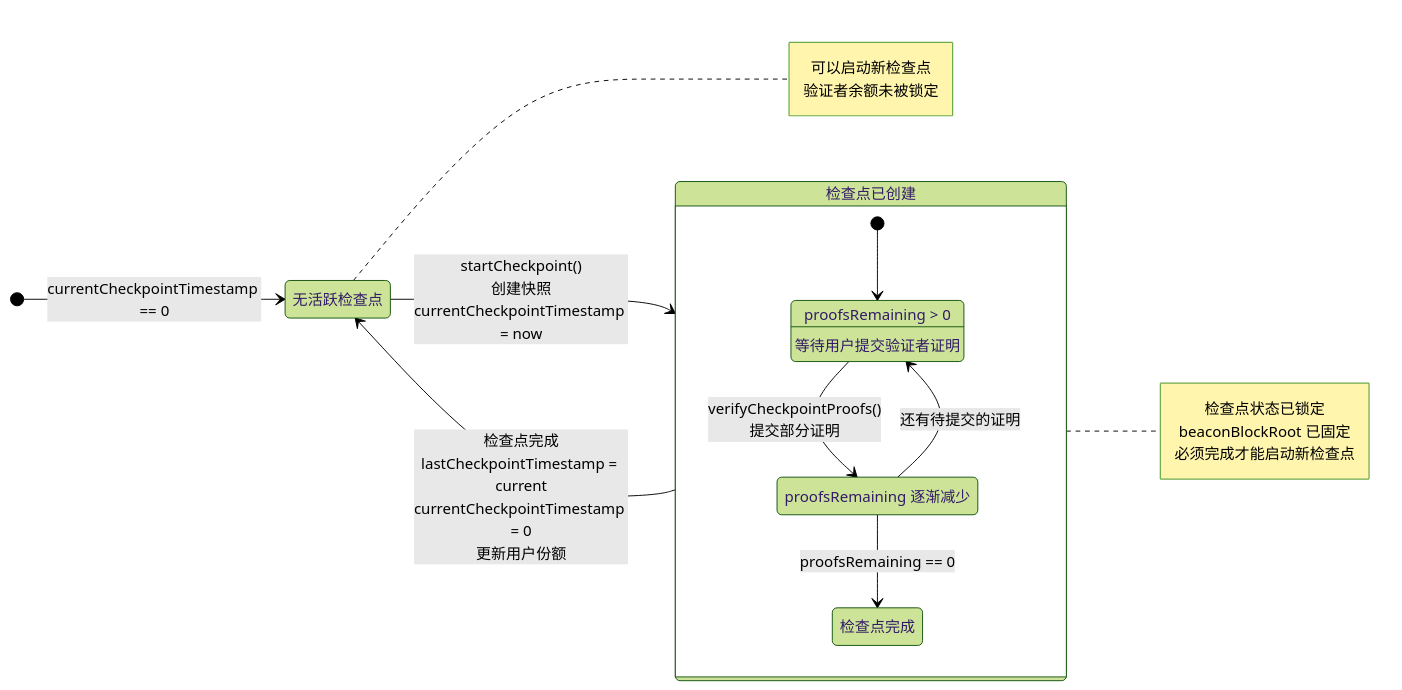
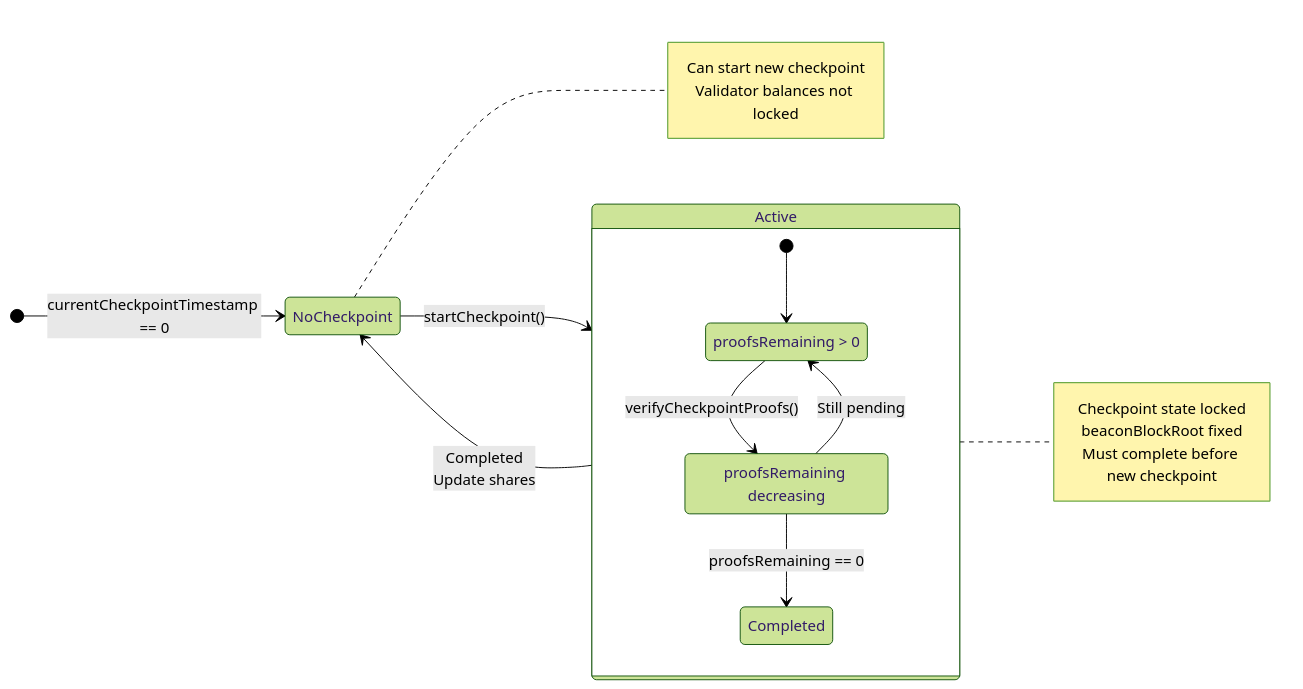
One commit to Sandwichzzy/eigenlayer-contracts changed the fifth of 5 diagrams in docs/core/EigenPod_Checkpoint_Mechanism_CN.md. Above: the diagram before and after it, drawn with Mermaid (forest theme). The commit also changed other lines of this file, not shown here.

````diff
--- a/docs/core/EigenPod_Checkpoint_Mechanism_CN.md
+++ b/docs/core/EigenPod_Checkpoint_Mechanism_CN.md
@@ -914,32 +893,30 @@
 ```mermaid
 stateDiagram-v2
     direction LR
 
-    [*] --> 无活跃检查点: currentCheckpointTimestamp == 0
+    [*] --> NoCheckpoint: currentCheckpointTimestamp == 0
 
-    无活跃检查点 --> 检查点已创建: startCheckpoint()<br/>创建快照<br/>currentCheckpointTimestamp = now
+    NoCheckpoint --> Active: startCheckpoint()
 
-    state 检查点已创建 {
-        [*] --> 等待证明
-        等待证明: proofsRemaining > 0
-        等待证明: 等待用户提交验证者证明
-
-        等待证明 --> 证明进行中: verifyCheckpointProofs()<br/>提交部分证明
-        证明进行中: proofsRemaining 逐渐减少
-        证明进行中 --> 等待证明: 还有待提交的证明
-        证明进行中 --> 检查点完成: proofsRemaining == 0
+    state Active {
+        [*] --> WaitingProofs
+        WaitingProofs: proofsRemaining > 0
+        WaitingProofs --> Processing: verifyCheckpointProofs()
+        Processing: proofsRemaining decreasing
+        Processing --> WaitingProofs: Still pending
+        Processing --> Completed: proofsRemaining == 0
     }
 
-    检查点已创建 --> 无活跃检查点: 检查点完成<br/>lastCheckpointTimestamp = current<br/>currentCheckpointTimestamp = 0<br/>更新用户份额
+    Active --> NoCheckpoint: Completed<br/>Update shares
 
-    note right of 无活跃检查点
-        可以启动新检查点
-        验证者余额未被锁定
+    note right of NoCheckpoint
+        Can start new checkpoint
+        Validator balances not locked
     end note
 
-    note right of 检查点已创建
-        检查点状态已锁定
-        beaconBlockRoot 已固定
-        必须完成才能启动新检查点
+    note right of Active
+        Checkpoint state locked
+        beaconBlockRoot fixed
+        Must complete before new checkpoint
     end note
 ```
````
